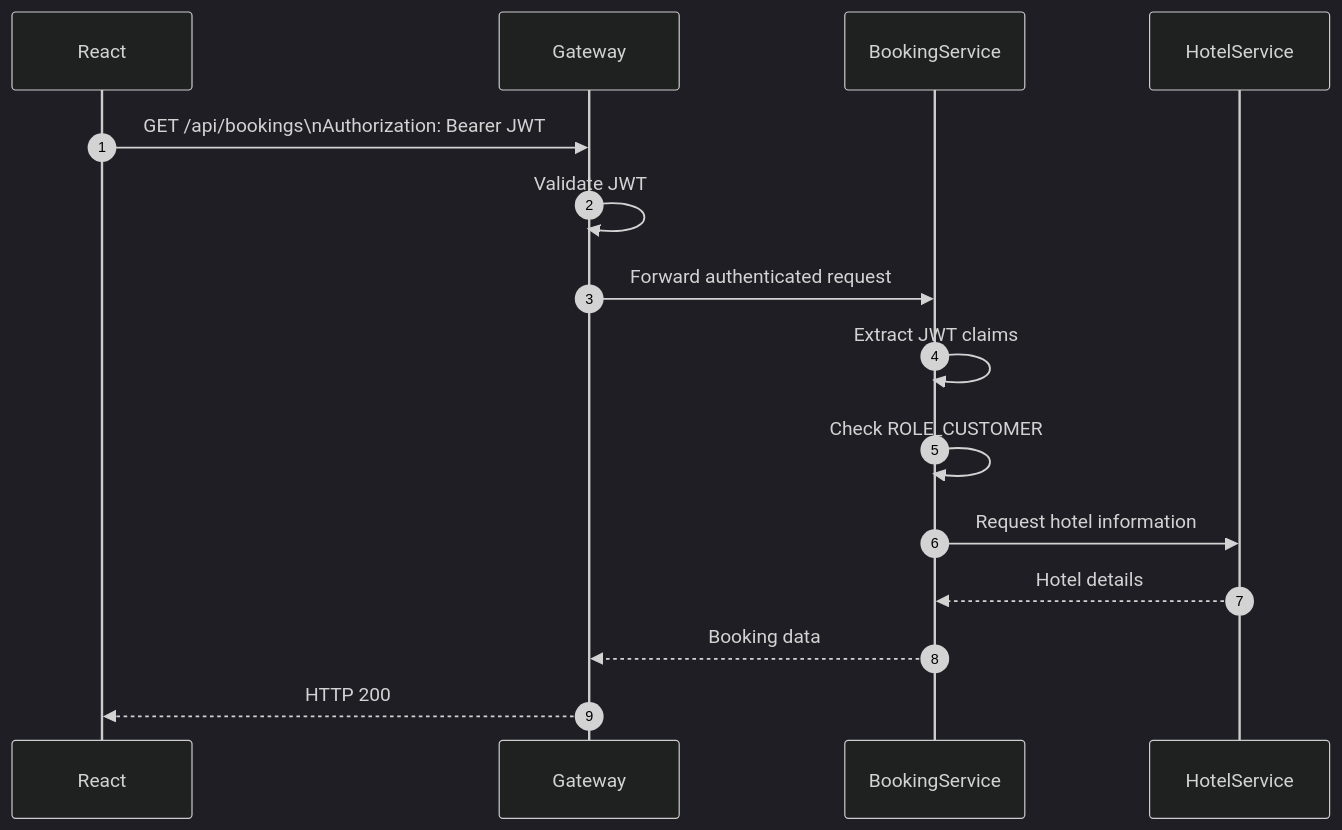
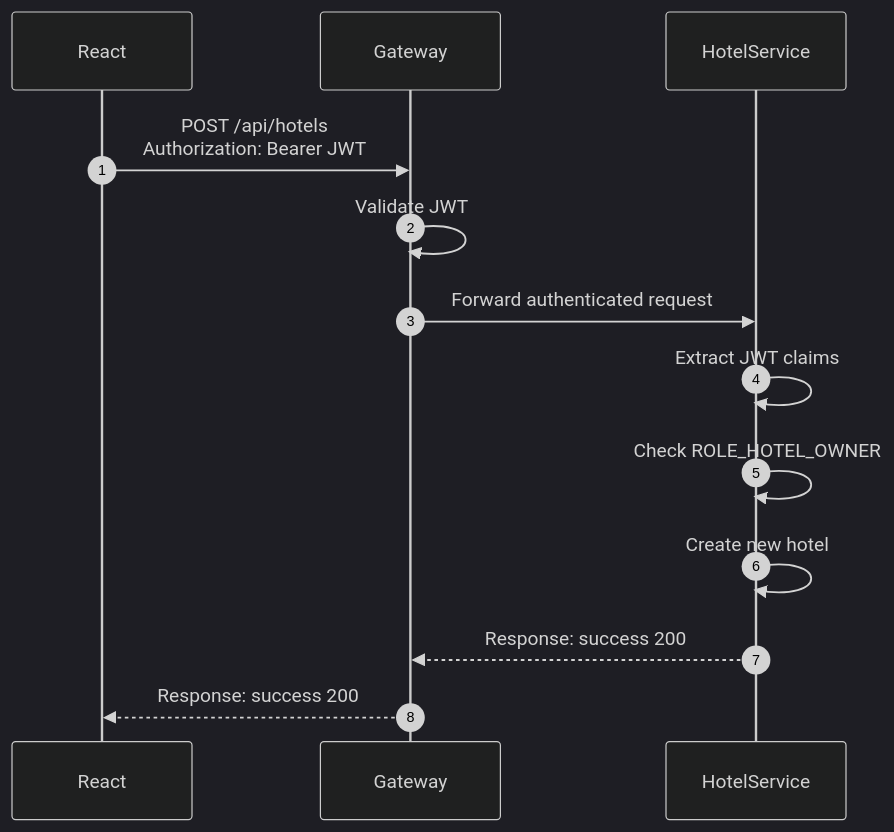
The third of 7 diagrams in docs/keycloak_integration.md (dqminh2411/hotel-booking-system), drawn with Mermaid (dark theme) before and after one commit. The commit also changed other lines of this file, not shown here.

````diff
--- a/docs/keycloak_integration.md
+++ b/docs/keycloak_integration.md
@@ -128,27 +132,24 @@
 ```mermaid
 sequenceDiagram
     autonumber
 
     participant React
     participant Gateway
-    participant BookingService
     participant HotelService
 
-    React->>Gateway: GET /api/bookings\nAuthorization: Bearer JWT
+    React->>Gateway: POST /api/hotels <br/> Authorization: Bearer JWT
 
     Gateway->>Gateway: Validate JWT
 
-    Gateway->>BookingService: Forward authenticated request
+    Gateway->>HotelService: Forward authenticated request
 
-    BookingService->>BookingService: Extract JWT claims
+    HotelService->>HotelService: Extract JWT claims
 
-    BookingService->>BookingService: Check ROLE_CUSTOMER
+    HotelService->>HotelService: Check ROLE_HOTEL_OWNER
 
-    BookingService->>HotelService: Request hotel information
+    HotelService->>HotelService: Create new hotel
 
-    HotelService-->>BookingService: Hotel details
+    HotelService-->>Gateway: Response: success 200
 
-    BookingService-->>Gateway: Booking data
-
-    Gateway-->>React: HTTP 200
+    Gateway-->>React: Response: success 200
 ```
````
